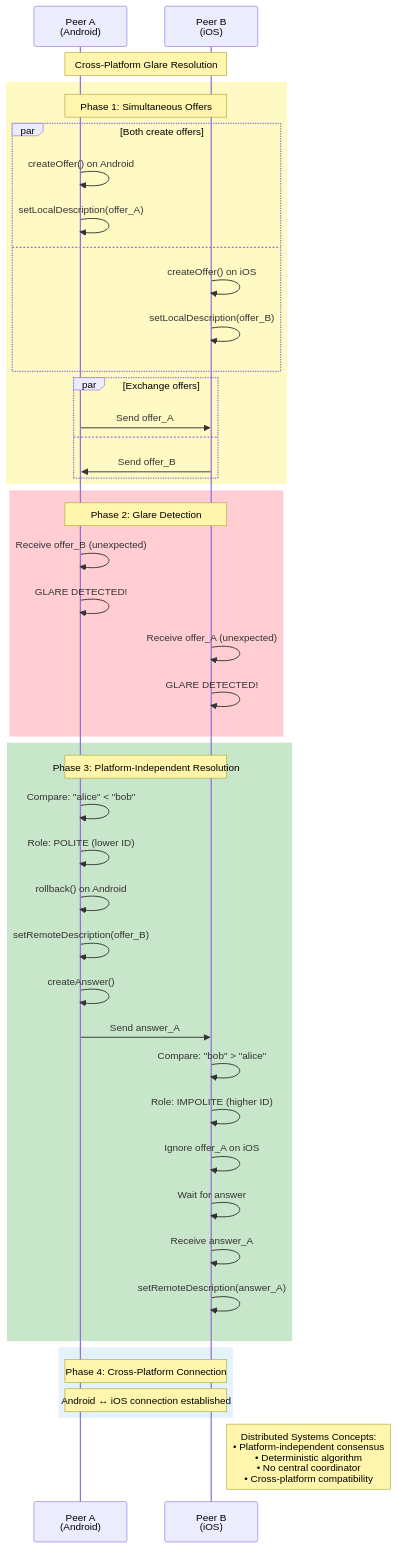
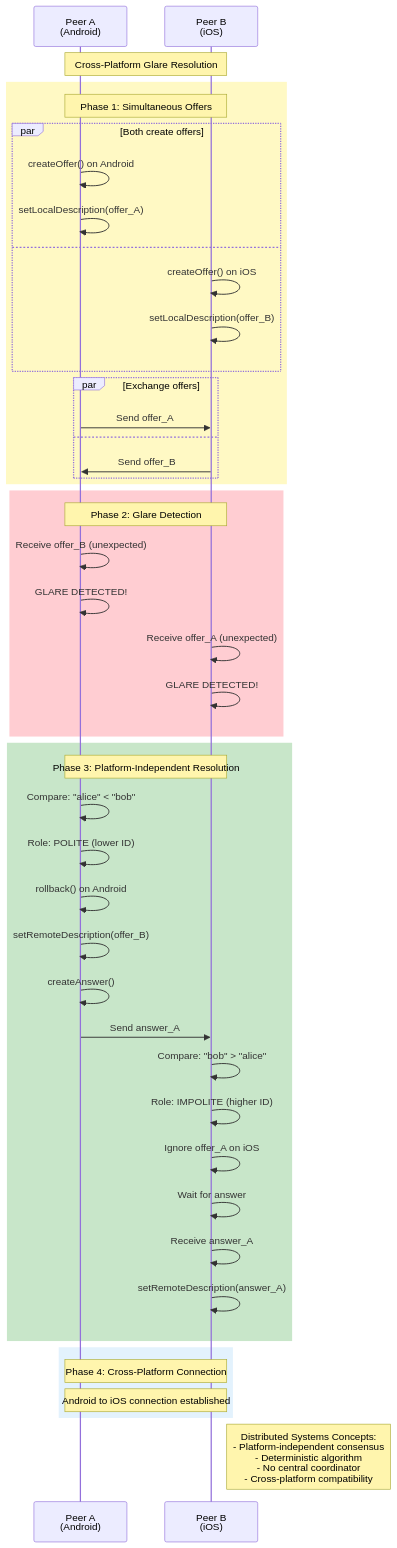
Before and after one commit to amr-kasem/distributed-systems-flutter-chat-peer: the sixth of 8 diagrams in docs/sequence-diagrams.md, drawn with Mermaid. The commit also changed other lines of this file and 5 other files, not shown here.

Commit message:
solved issues with diagrams

````diff
--- a/docs/sequence-diagrams.md
+++ b/docs/sequence-diagrams.md
@@ -367,60 +367,60 @@
 ```mermaid
 sequenceDiagram
     participant PeerA as Peer A<br/>(Android)
     participant PeerB as Peer B<br/>(iOS)
     
     Note over PeerA,PeerB: Cross-Platform Glare Resolution
     
     rect rgb(255, 249, 196)
         Note over PeerA,PeerB: Phase 1: Simultaneous Offers
         
         par Both create offers
             PeerA->>PeerA: createOffer() on Android
             PeerA->>PeerA: setLocalDescription(offer_A)
         and
             PeerB->>PeerB: createOffer() on iOS
             PeerB->>PeerB: setLocalDescription(offer_B)
         end
         
         par Exchange offers
             PeerA->>PeerB: Send offer_A
         and
             PeerB->>PeerA: Send offer_B
         end
     end
     
     rect rgb(255, 205, 210)
         Note over PeerA,PeerB: Phase 2: Glare Detection
         
         PeerA->>PeerA: Receive offer_B (unexpected)
         PeerA->>PeerA: GLARE DETECTED!
         
         PeerB->>PeerB: Receive offer_A (unexpected)
         PeerB->>PeerB: GLARE DETECTED!
     end
     
     rect rgb(200, 230, 201)
         Note over PeerA,PeerB: Phase 3: Platform-Independent Resolution
         
         PeerA->>PeerA: Compare: "alice" < "bob"
         PeerA->>PeerA: Role: POLITE (lower ID)
         PeerA->>PeerA: rollback() on Android
         PeerA->>PeerA: setRemoteDescription(offer_B)
         PeerA->>PeerA: createAnswer()
         PeerA->>PeerB: Send answer_A
         
         PeerB->>PeerB: Compare: "bob" > "alice"
         PeerB->>PeerB: Role: IMPOLITE (higher ID)
         PeerB->>PeerB: Ignore offer_A on iOS
         PeerB->>PeerB: Wait for answer
         PeerB->>PeerB: Receive answer_A
         PeerB->>PeerB: setRemoteDescription(answer_A)
     end
     
     rect rgb(227, 242, 253)
         Note over PeerA,PeerB: Phase 4: Cross-Platform Connection
-        Note over PeerA,PeerB: Android ↔ iOS connection established
+        Note over PeerA,PeerB: Android to iOS connection established
     end
     
-    Note right of PeerB: Distributed Systems Concepts:<br/>• Platform-independent consensus<br/>• Deterministic algorithm<br/>• No central coordinator<br/>• Cross-platform compatibility
+    Note right of PeerB: Distributed Systems Concepts:<br/>- Platform-independent consensus<br/>- Deterministic algorithm<br/>- No central coordinator<br/>- Cross-platform compatibility
 ```
````
